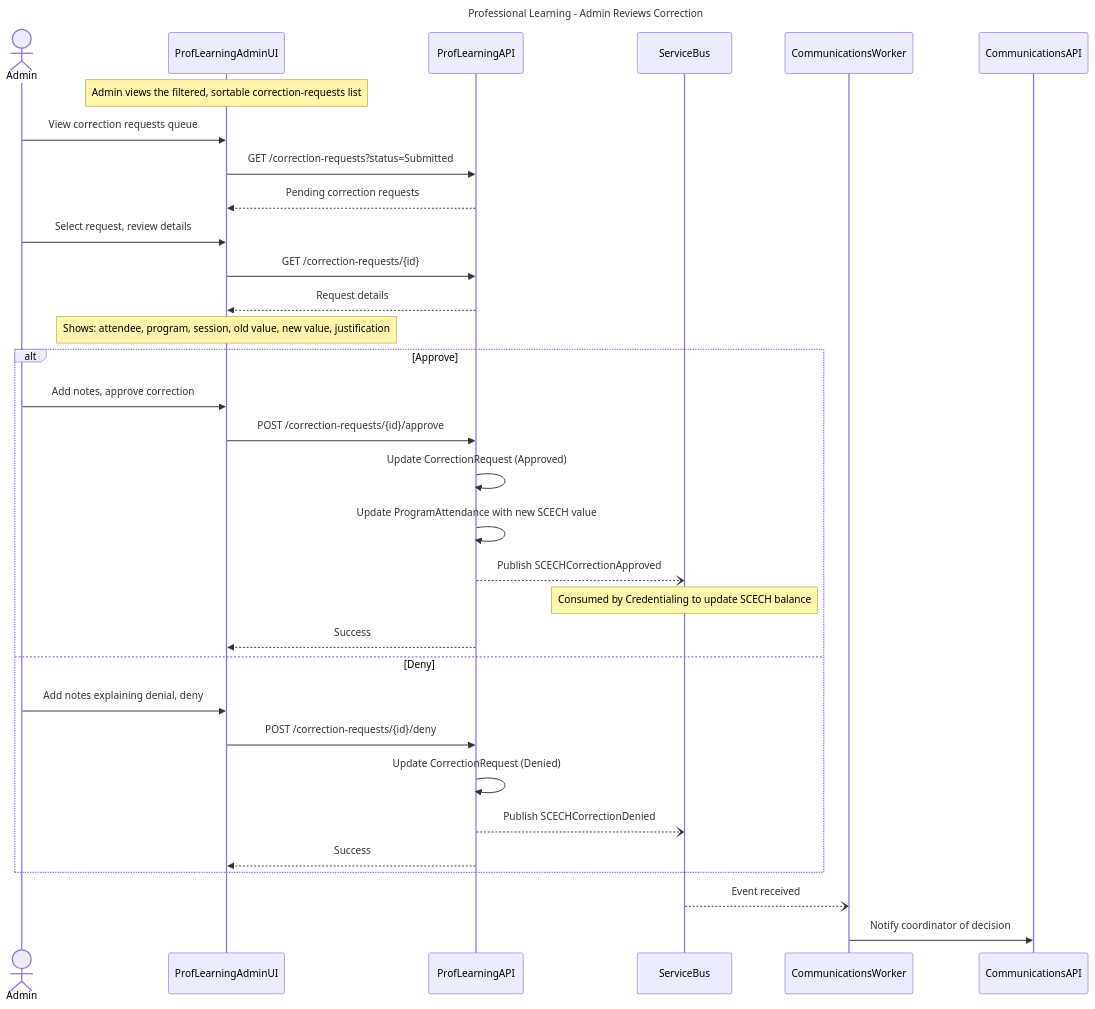
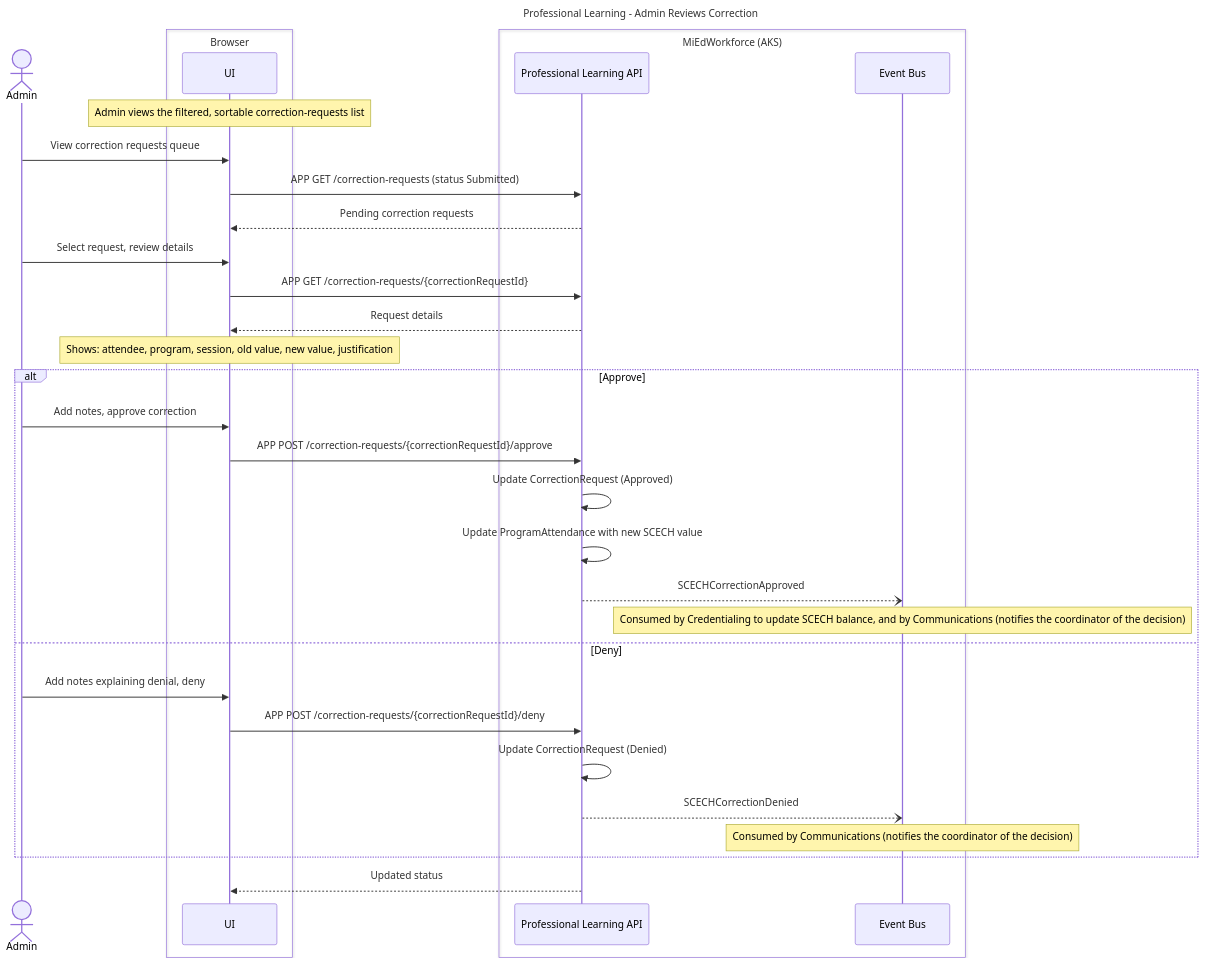
The sixth of 10 diagrams in working-docs/solution-areas/proflearning/proflearning-sequences.md (mnichols-dl/mied-design), drawn with Mermaid before and after one commit. The commit also changed other lines of this file and 34 other files, not shown here.

Commit message:
Update sequences and perform RTM assessment

````diff
--- a/working-docs/solution-areas/proflearning/proflearning-sequences.md
+++ b/working-docs/solution-areas/proflearning/proflearning-sequences.md
@@ -316,39 +333,41 @@
 ```mermaid
 ---
 title: Professional Learning - Admin Reviews Correction
 ---
 sequenceDiagram
     actor Admin
-    participant ProfLearningAdminUI
-    participant ProfLearningAPI
-    participant ServiceBus
-    
-    Note over ProfLearningAdminUI: Admin views the filtered, sortable correction-requests list
-    Admin->>ProfLearningAdminUI: View correction requests queue
-    ProfLearningAdminUI->>ProfLearningAPI: GET /correction-requests?status=Submitted
-    ProfLearningAPI-->>ProfLearningAdminUI: Pending correction requests
-    
-    Admin->>ProfLearningAdminUI: Select request, review details
-    ProfLearningAdminUI->>ProfLearningAPI: GET /correction-requests/{id}
-    ProfLearningAPI-->>ProfLearningAdminUI: Request details
-    Note over ProfLearningAdminUI: Shows: attendee, program, session, old value, new value, justification
-    
+    box Browser
+        participant UI as UI
+    end
+    box MiEdWorkforce (AKS)
+        participant ProfLearningApi as Professional Learning API
+        participant EventBus as Event Bus
+    end
+
+    Note over UI: Admin views the filtered, sortable correction-requests list
+    Admin->>UI: View correction requests queue
+    UI->>ProfLearningApi: APP GET /correction-requests (status Submitted)
+    ProfLearningApi-->>UI: Pending correction requests
+
+    Admin->>UI: Select request, review details
+    UI->>ProfLearningApi: APP GET /correction-requests/{correctionRequestId}
+    ProfLearningApi-->>UI: Request details
+    Note over UI: Shows: attendee, program, session, old value, new value, justification
+
     alt Approve
-        Admin->>ProfLearningAdminUI: Add notes, approve correction
-        ProfLearningAdminUI->>ProfLearningAPI: POST /correction-requests/{id}/approve
-        ProfLearningAPI->>ProfLearningAPI: Update CorrectionRequest (Approved)
-        ProfLearningAPI->>ProfLearningAPI: Update ProgramAttendance with new SCECH value
-        ProfLearningAPI--)ServiceBus: Publish SCECHCorrectionApproved
-        Note over ServiceBus: Consumed by Credentialing to update SCECH balance
-        ProfLearningAPI-->>ProfLearningAdminUI: Success
+        Admin->>UI: Add notes, approve correction
+        UI->>ProfLearningApi: APP POST /correction-requests/{correctionRequestId}/approve
+        ProfLearningApi->>ProfLearningApi: Update CorrectionRequest (Approved)
+        ProfLearningApi->>ProfLearningApi: Update ProgramAttendance with new SCECH value
+        ProfLearningApi--)EventBus: SCECHCorrectionApproved
+        Note over EventBus: Consumed by Credentialing to update SCECH balance, and by Communications (notifies the coordinator of the decision)
     else Deny
-        Admin->>ProfLearningAdminUI: Add notes explaining denial, deny
-        ProfLearningAdminUI->>ProfLearningAPI: POST /correction-requests/{id}/deny
-        ProfLearningAPI->>ProfLearningAPI: Update CorrectionRequest (Denied)
-        ProfLearningAPI--)ServiceBus: Publish SCECHCorrectionDenied
-        ProfLearningAPI-->>ProfLearningAdminUI: Success
+        Admin->>UI: Add notes explaining denial, deny
+        UI->>ProfLearningApi: APP POST /correction-requests/{correctionRequestId}/deny
+        ProfLearningApi->>ProfLearningApi: Update CorrectionRequest (Denied)
+        ProfLearningApi--)EventBus: SCECHCorrectionDenied
+        Note over EventBus: Consumed by Communications (notifies the coordinator of the decision)
     end
-    
-    ServiceBus--)CommunicationsWorker: Event received
-    CommunicationsWorker->>CommunicationsAPI: Notify coordinator of decision
+
+    ProfLearningApi-->>UI: Updated status
 ```
````
